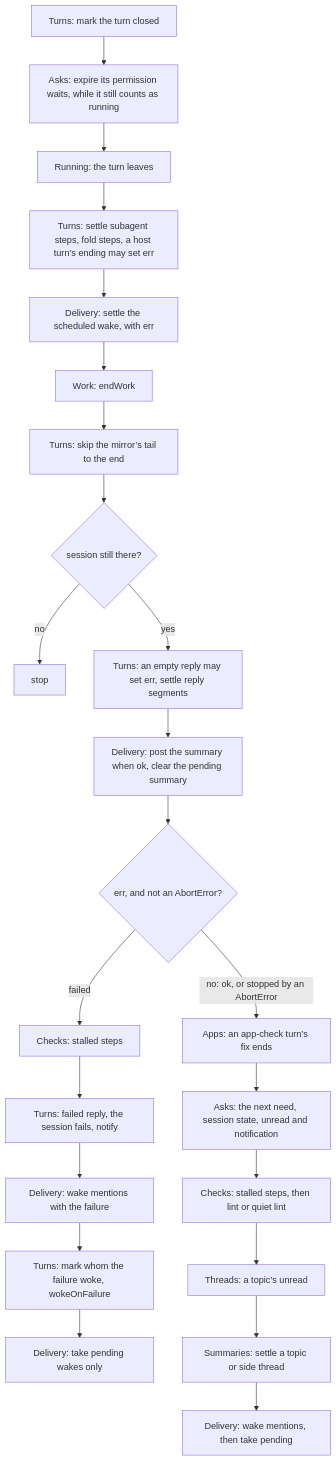
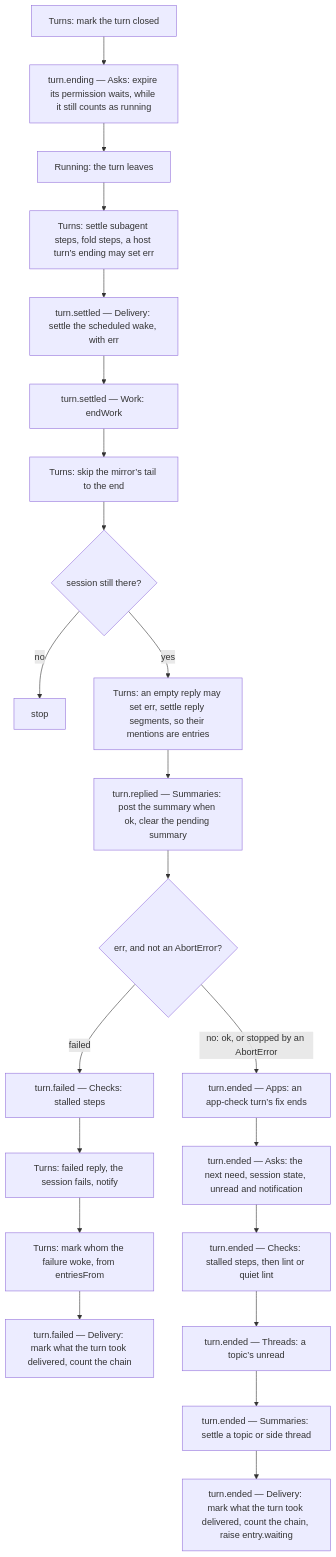
Before and after one commit to HJeon139/postbox: the fourth of 5 diagrams in designs/architecture/services.md, drawn with Mermaid. The commit also changed other lines of this file, not shown here.

First line of the commit message:
docs(services): make a turn's end steps Bus signals

````diff
--- a/designs/architecture/services.md
+++ b/designs/architecture/services.md
@@ -411,25 +422,24 @@
 ```mermaid
 flowchart TD
-  A[Turns: mark the turn closed] --> B[Asks: expire its permission waits, while it still counts as running]
+  A[Turns: mark the turn closed] --> B[turn.ending — Asks: expire its permission waits, while it still counts as running]
   B --> C[Running: the turn leaves]
   C --> D[Turns: settle subagent steps, fold steps, a host turn’s ending may set err]
-  D --> E[Delivery: settle the scheduled wake, with err]
-  E --> F[Work: endWork]
+  D --> E[turn.settled — Delivery: settle the scheduled wake, with err]
+  E --> F[turn.settled — Work: endWork]
   F --> G0[Turns: skip the mirror’s tail to the end]
   G0 --> S{session still there?}
   S -->|no| Z[stop]
-  S -->|yes| G[Turns: an empty reply may set err, settle reply segments]
-  G --> H[Delivery: post the summary when ok, clear the pending summary]
+  S -->|yes| G[Turns: an empty reply may set err, settle reply segments, so their mentions are entries]
+  G --> H[turn.replied — Summaries: post the summary when ok, clear the pending summary]
   H --> I{err, and not an AbortError?}
-  I -->|failed| J[Checks: stalled steps]
+  I -->|failed| J[turn.failed — Checks: stalled steps]
   J --> K[Turns: failed reply, the session fails, notify]
-  K --> L[Delivery: wake mentions with the failure]
-  L --> L2[Turns: mark whom the failure woke, wokeOnFailure]
-  L2 --> L3[Delivery: take pending wakes only]
-  I -->|no: ok, or stopped by an AbortError| M[Apps: an app-check turn’s fix ends]
-  M --> N[Asks: the next need, session state, unread and notification]
-  N --> O[Checks: stalled steps, then lint or quiet lint]
-  O --> P[Threads: a topic’s unread]
-  P --> Q[Summaries: settle a topic or side thread]
-  Q --> R[Delivery: wake mentions, then take pending]
+  K --> L2[Turns: mark whom the failure woke, from entriesFrom]
+  L2 --> L4[turn.failed — Delivery: mark what the turn took delivered, count the chain]
+  I -->|no: ok, or stopped by an AbortError| M[turn.ended — Apps: an app-check turn’s fix ends]
+  M --> N[turn.ended — Asks: the next need, session state, unread and notification]
+  N --> O[turn.ended — Checks: stalled steps, then lint or quiet lint]
+  O --> P[turn.ended — Threads: a topic’s unread]
+  P --> Q[turn.ended — Summaries: settle a topic or side thread]
+  Q --> R[turn.ended — Delivery: mark what the turn took delivered, count the chain, raise entry.waiting]
 ```
````
